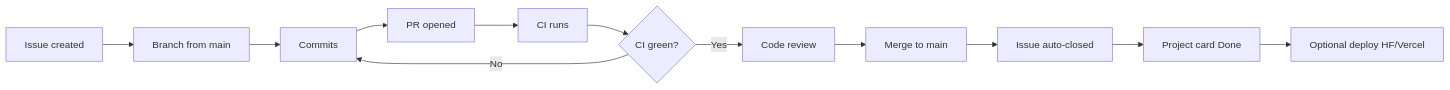
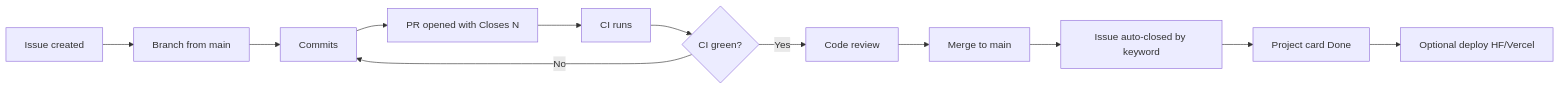
One commit to galibhasan720/Seat-Flow changed the diagram in MVP/Project Documentation/github workflow.md. Above: the diagram before and after it, drawn with Mermaid. The commit also changed other lines of this file and 2 other files, not shown here.

````diff
--- a/MVP/Project Documentation/github workflow.md
+++ b/MVP/Project Documentation/github workflow.md
@@ -279,14 +215,14 @@
 ```mermaid
 flowchart LR
   A[Issue created] --> B[Branch from main]
   B --> C[Commits]
-  C --> D[PR opened]
+  C --> D[PR opened with Closes N]
   D --> E[CI runs]
   E --> F{CI green?}
   F -->|No| C
   F -->|Yes| G[Code review]
   G --> H[Merge to main]
-  H --> I[Issue auto-closed]
+  H --> I[Issue auto-closed by keyword]
   I --> J[Project card Done]
   J --> K[Optional deploy HF/Vercel]
 ```
````
